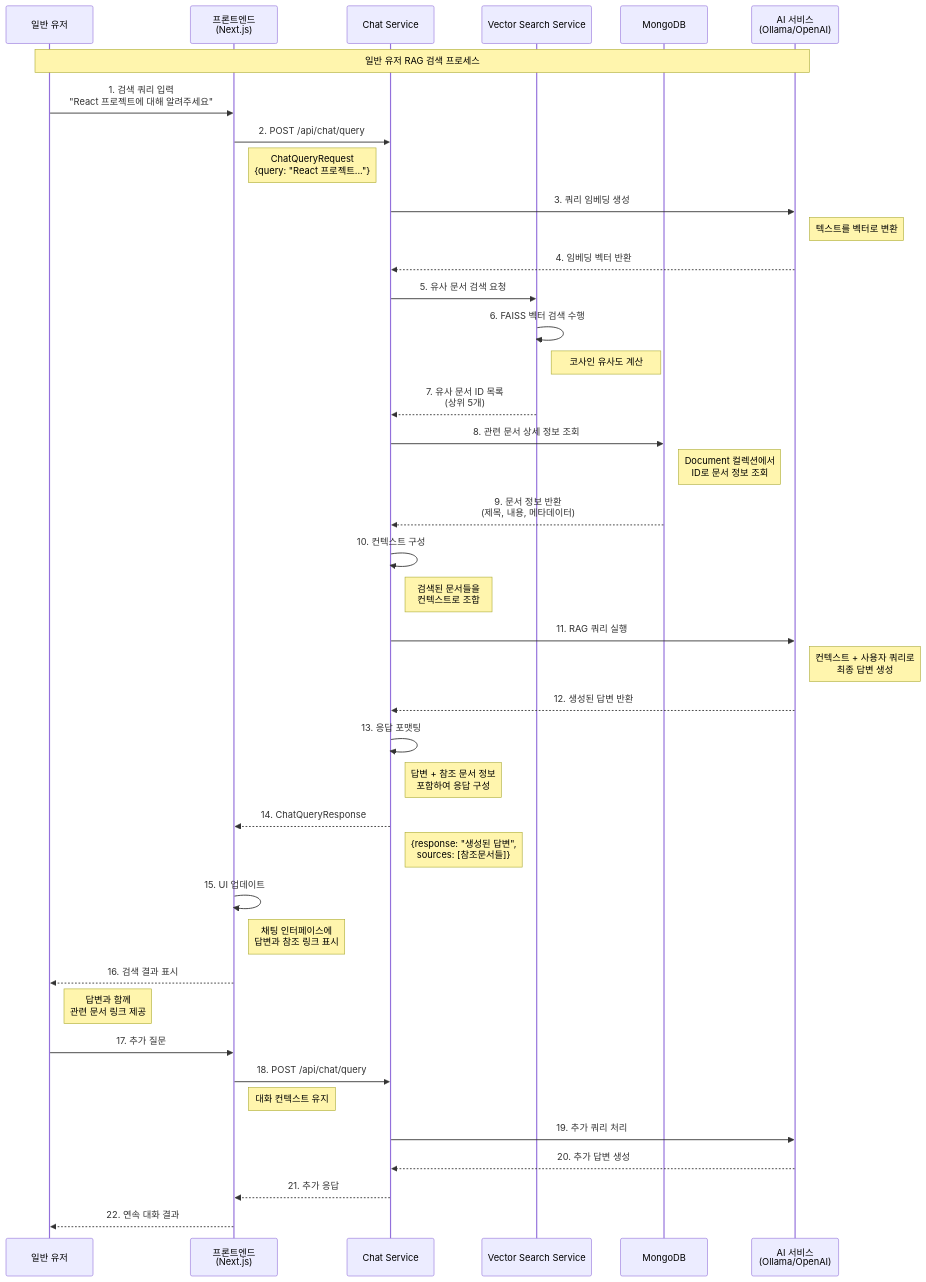
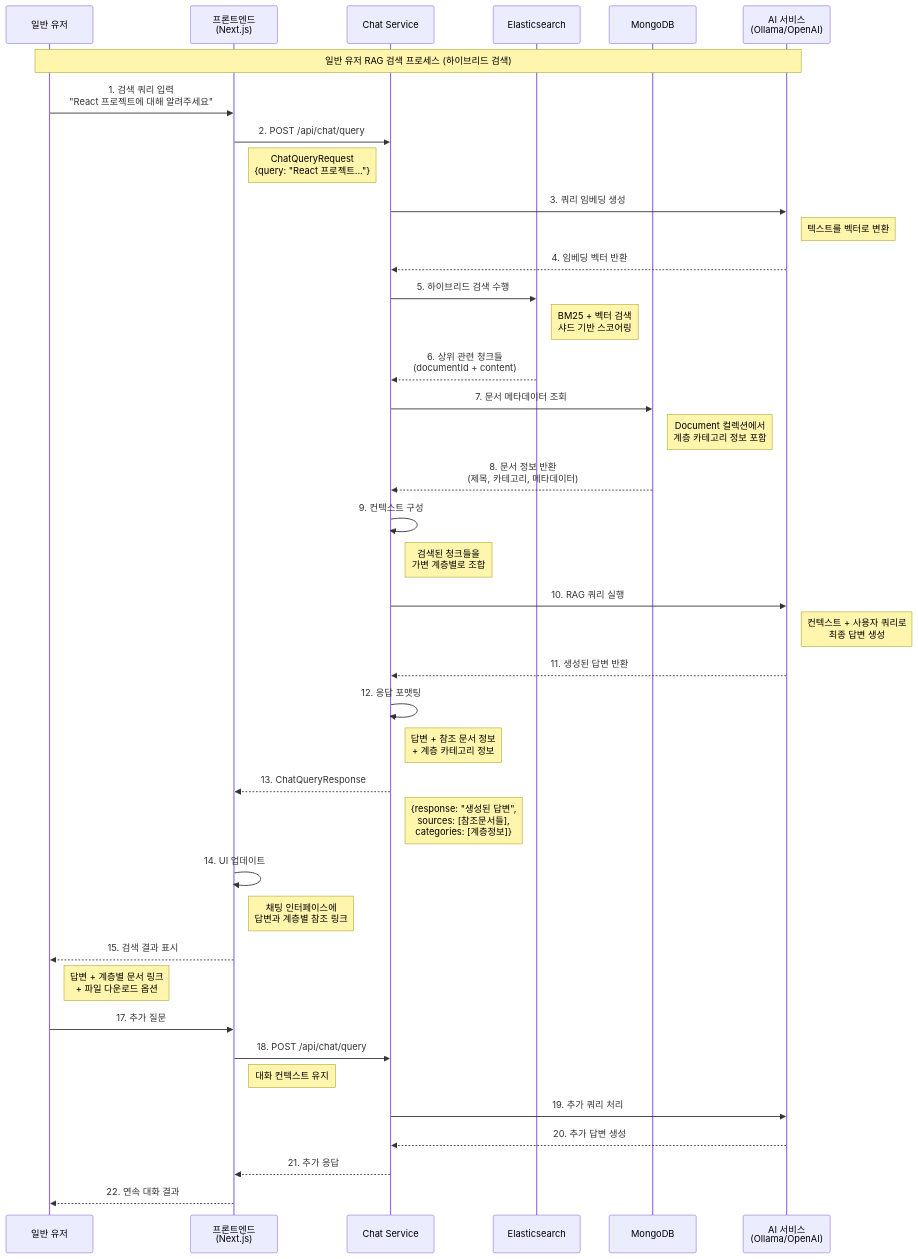
Before and after one commit to hadonas/kt-vibe-mdm: the first of 2 diagrams in diagrams/rag-search-sequence.md, drawn with Mermaid. The commit also changed other lines of this file and 7 other files, not shown here.

````diff
--- a/diagrams/rag-search-sequence.md
+++ b/diagrams/rag-search-sequence.md
@@ -5,55 +5,54 @@
 ```mermaid
 sequenceDiagram
     participant U as 일반 유저
     participant F as 프론트엔드<br/>(Next.js)
     participant CS as Chat Service
-    participant VSS as Vector Search Service
+    participant E as Elasticsearch
     participant M as MongoDB
     participant AI as AI 서비스<br/>(Ollama/OpenAI)
 
-    Note over U,AI: 일반 유저 RAG 검색 프로세스
+    Note over U,AI: 일반 유저 RAG 검색 프로세스 (하이브리드 검색)
 
     U->>F: 1. 검색 쿼리 입력<br/>"React 프로젝트에 대해 알려주세요"
     F->>CS: 2. POST /api/chat/query
     Note right of F: ChatQueryRequest<br/>{query: "React 프로젝트..."}
 
     CS->>AI: 3. 쿼리 임베딩 생성
     Note right of AI: 텍스트를 벡터로 변환
     AI-->>CS: 4. 임베딩 벡터 반환
 
-    CS->>VSS: 5. 유사 문서 검색 요청
-    VSS->>VSS: 6. FAISS 벡터 검색 수행
-    Note right of VSS: 코사인 유사도 계산
-    VSS-->>CS: 7. 유사 문서 ID 목록<br/>(상위 5개)
+    CS->>E: 5. 하이브리드 검색 수행
+    Note right of E: BM25 + 벡터 검색<br/>샤드 기반 스코어링
+    E-->>CS: 6. 상위 관련 청크들<br/>(documentId + content)
 
-    CS->>M: 8. 관련 문서 상세 정보 조회
-    Note right of M: Document 컬렉션에서<br/>ID로 문서 정보 조회
-    M-->>CS: 9. 문서 정보 반환<br/>(제목, 내용, 메타데이터)
+    CS->>M: 7. 문서 메타데이터 조회
+    Note right of M: Document 컬렉션에서<br/>계층 카테고리 정보 포함
+    M-->>CS: 8. 문서 정보 반환<br/>(제목, 카테고리, 메타데이터)
 
-    CS->>CS: 10. 컨텍스트 구성
-    Note right of CS: 검색된 문서들을<br/>컨텍스트로 조합
+    CS->>CS: 9. 컨텍스트 구성
+    Note right of CS: 검색된 청크들을<br/>가변 계층별로 조합
 
-    CS->>AI: 11. RAG 쿼리 실행
+    CS->>AI: 10. RAG 쿼리 실행
     Note right of AI: 컨텍스트 + 사용자 쿼리로<br/>최종 답변 생성
-    AI-->>CS: 12. 생성된 답변 반환
+    AI-->>CS: 11. 생성된 답변 반환
 
-    CS->>CS: 13. 응답 포맷팅
-    Note right of CS: 답변 + 참조 문서 정보<br/>포함하여 응답 구성
+    CS->>CS: 12. 응답 포맷팅
+    Note right of CS: 답변 + 참조 문서 정보<br/>+ 계층 카테고리 정보
 
-    CS-->>F: 14. ChatQueryResponse
-    Note right of CS: {response: "생성된 답변",<br/>sources: [참조문서들]}
+    CS-->>F: 13. ChatQueryResponse
+    Note right of CS: {response: "생성된 답변",<br/>sources: [참조문서들],<br/>categories: [계층정보]}
 
-    F->>F: 15. UI 업데이트
-    Note right of F: 채팅 인터페이스에<br/>답변과 참조 링크 표시
+    F->>F: 14. UI 업데이트
+    Note right of F: 채팅 인터페이스에<br/>답변과 계층별 참조 링크
 
-    F-->>U: 16. 검색 결과 표시
-    Note right of U: 답변과 함께<br/>관련 문서 링크 제공
+    F-->>U: 15. 검색 결과 표시
+    Note right of U: 답변 + 계층별 문서 링크<br/>+ 파일 다운로드 옵션
 
     U->>F: 17. 추가 질문
     F->>CS: 18. POST /api/chat/query
     Note right of F: 대화 컨텍스트 유지
     CS->>AI: 19. 추가 쿼리 처리
     AI-->>CS: 20. 추가 답변 생성
     CS-->>F: 21. 추가 응답
     F-->>U: 22. 연속 대화 결과
 ```
````
